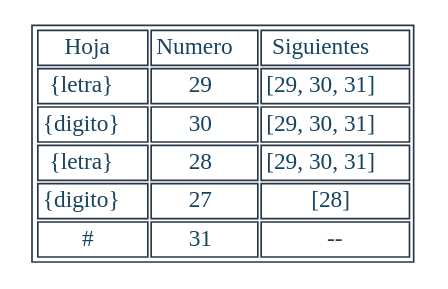
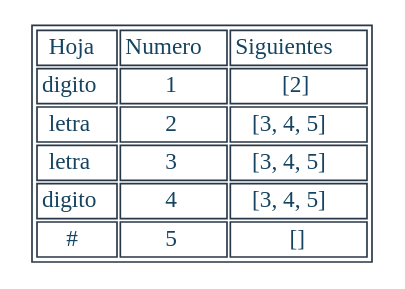
The diagram in Regexive/archivos/SIGUIENTES_201901557/RegTest.dot (JeffMendez/OCL_Proyecto1_201901557), drawn with Graphviz before and after one commit. The commit also changed 58 other files, not shown here.

```diff
--- a/Regexive/archivos/SIGUIENTES_201901557/RegTest.dot
+++ b/Regexive/archivos/SIGUIENTES_201901557/RegTest.dot
@@ -1,20 +1,20 @@
 digraph T {
 aHtmlTable [
    shape=plaintext
    color="#283747" fontcolor="#154360" label=<
 
    <table border='1' cellborder='1'>
    <tr>
       <td>Hoja</td>
       <td>Numero</td>
       <td>Siguientes</td>
-   </tr>	<tr><td>{letra}</td><td>29</td><td>[29, 30, 31]</td></tr>
-	<tr><td>{digito}</td><td>30</td><td>[29, 30, 31]</td></tr>
-	<tr><td>{letra}</td><td>28</td><td>[29, 30, 31]</td></tr>
-	<tr><td>{digito}</td><td>27</td><td>[28]</td></tr>
-<tr><td>#</td><td>31</td><td>--</td></tr>	
+   </tr>	<tr><td>digito</td><td>1</td><td>[2]</td></tr>
+	<tr><td>letra</td><td>2</td><td>[3, 4, 5]</td></tr>
+	<tr><td>letra</td><td>3</td><td>[3, 4, 5]</td></tr>
+	<tr><td>digito</td><td>4</td><td>[3, 4, 5]</td></tr>
+	<tr><td>#</td><td>5</td><td>[]</td></tr>
 </table>
 
    >]; 
 
 }
```
